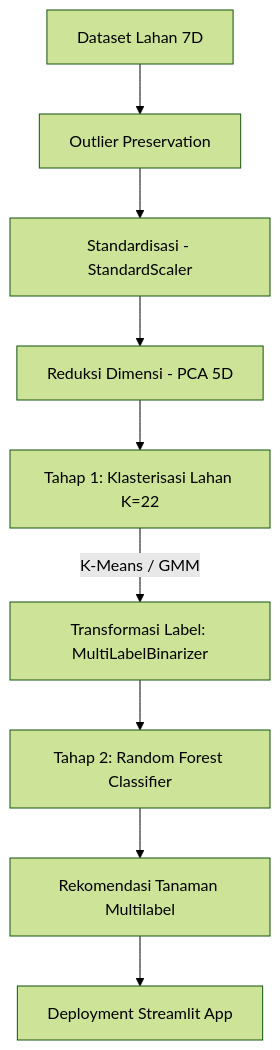
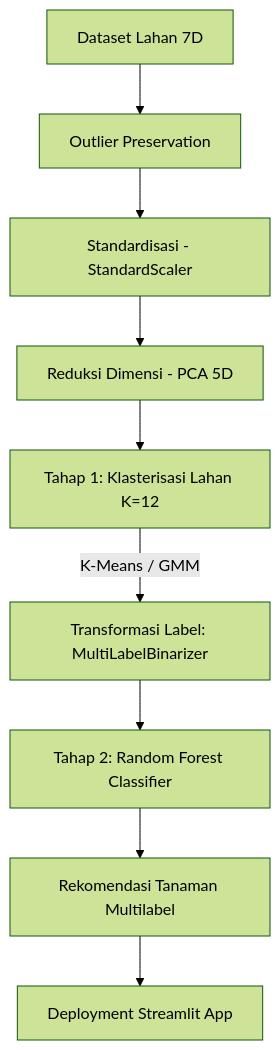
The diagram in readme.md (Alfaturachman/crop-recommendation-clustering), drawn with Mermaid (forest theme) before and after one commit. The commit also changed other lines of this file and 7 other files, not shown here.

````diff
--- a/readme.md
+++ b/readme.md
@@ -79,11 +85,11 @@
 ```mermaid
 graph TD
     A[Dataset Lahan 7D] --> B[Outlier Preservation]
     B --> C[Standardisasi - StandardScaler]
     C --> D[Reduksi Dimensi - PCA 5D]
-    D --> E[Tahap 1: Klasterisasi Lahan K=22]
+    D --> E[Tahap 1: Klasterisasi Lahan K=12]
     E -->|K-Means / GMM| F[Transformasi Label: MultiLabelBinarizer]
     F --> G[Tahap 2: Random Forest Classifier]
     G --> H[Rekomendasi Tanaman Multilabel]
     H --> I[Deployment Streamlit App]
 ```
````
